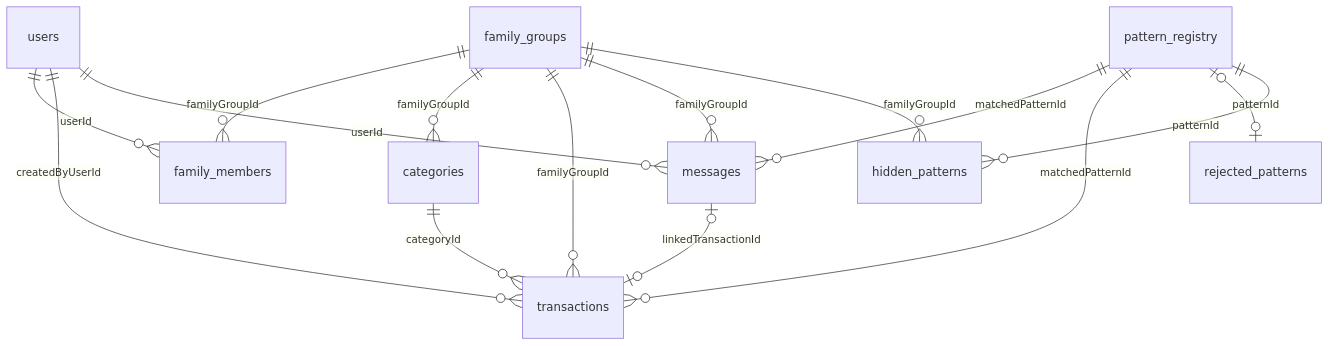
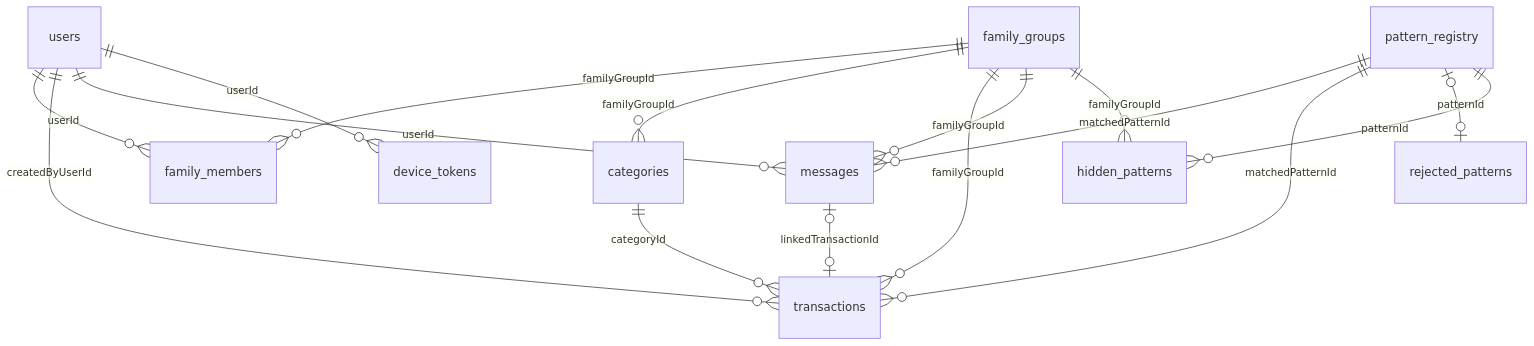
The first of 12 diagrams in ERD.md (jayy2kok/budgetly), drawn with Mermaid before and after one commit. The commit also changed other lines of this file and 4 other files, not shown here.

First line of the commit message:
docs: sync push notifications across requirements, design, ERD, TODO, ADR

````diff
--- a/ERD.md
+++ b/ERD.md
@@ -26,17 +27,18 @@
 ```mermaid
 erDiagram
     users ||--o{ family_members : "userId"
     family_groups ||--o{ family_members : "familyGroupId"
     family_groups ||--o{ categories : "familyGroupId"
     family_groups ||--o{ transactions : "familyGroupId"
     users ||--o{ transactions : "createdByUserId"
     categories ||--o{ transactions : "categoryId"
     users ||--o{ messages : "userId"
     family_groups ||--o{ messages : "familyGroupId"
     messages |o--o| transactions : "linkedTransactionId"
     pattern_registry ||--o{ messages : "matchedPatternId"
     pattern_registry ||--o{ transactions : "matchedPatternId"
     pattern_registry |o--o| rejected_patterns : "patternId"
     pattern_registry ||--o{ hidden_patterns : "patternId"
     family_groups ||--o{ hidden_patterns : "familyGroupId"
+    users ||--o{ device_tokens : "userId"
 ```
````
